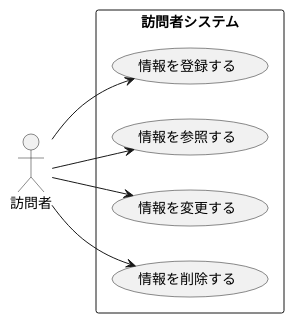
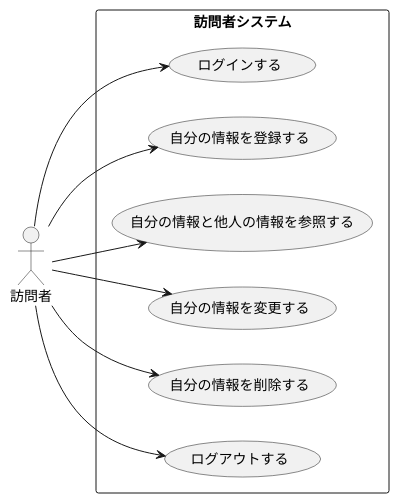
The diagram in group/07_web_visitor/usecase.pu (FujikawaHirono0520/ohara_uml), drawn with PlantUML before and after one commit. The commit also changed 9 other files, not shown here.

```diff
--- a/group/07_web_visitor/usecase.pu
+++ b/group/07_web_visitor/usecase.pu
@@ -1,18 +1,22 @@
 @startuml
 left to right direction
 
 actor 訪問者
 
 rectangle 訪問者システム {
-  usecase "情報を登録する" as UC1
-  usecase "情報を参照する" as UC2
-  usecase "情報を変更する" as UC3
-  usecase "情報を削除する" as UC4
+  usecase "ログインする" as UC1
+  usecase "自分の情報を登録する" as UC2
+  usecase "自分の情報と他人の情報を参照する" as UC3
+  usecase "自分の情報を変更する" as UC4
+  usecase "自分の情報を削除する" as UC5
+  usecase "ログアウトする" as UC6
 }
 
 訪問者 --> UC1
 訪問者 --> UC2
 訪問者 --> UC3
 訪問者 --> UC4
+訪問者 --> UC5
+訪問者 --> UC6
 
 @enduml
```
